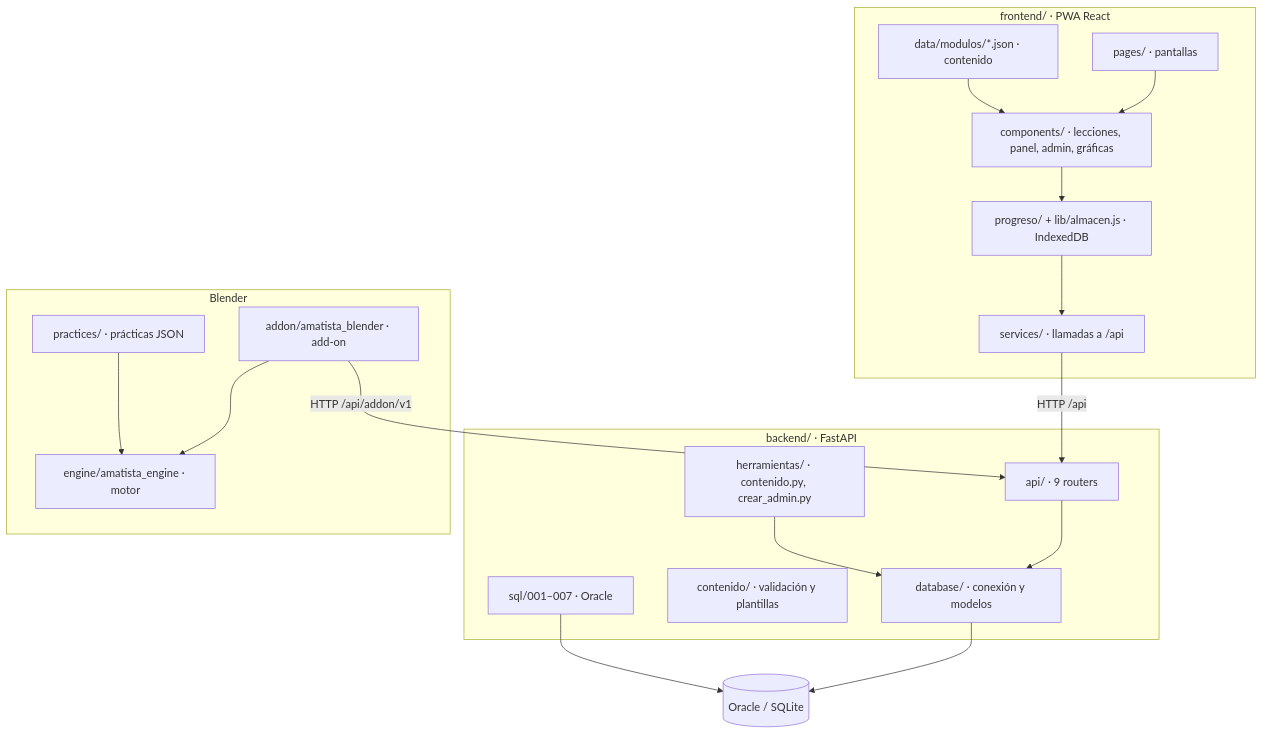
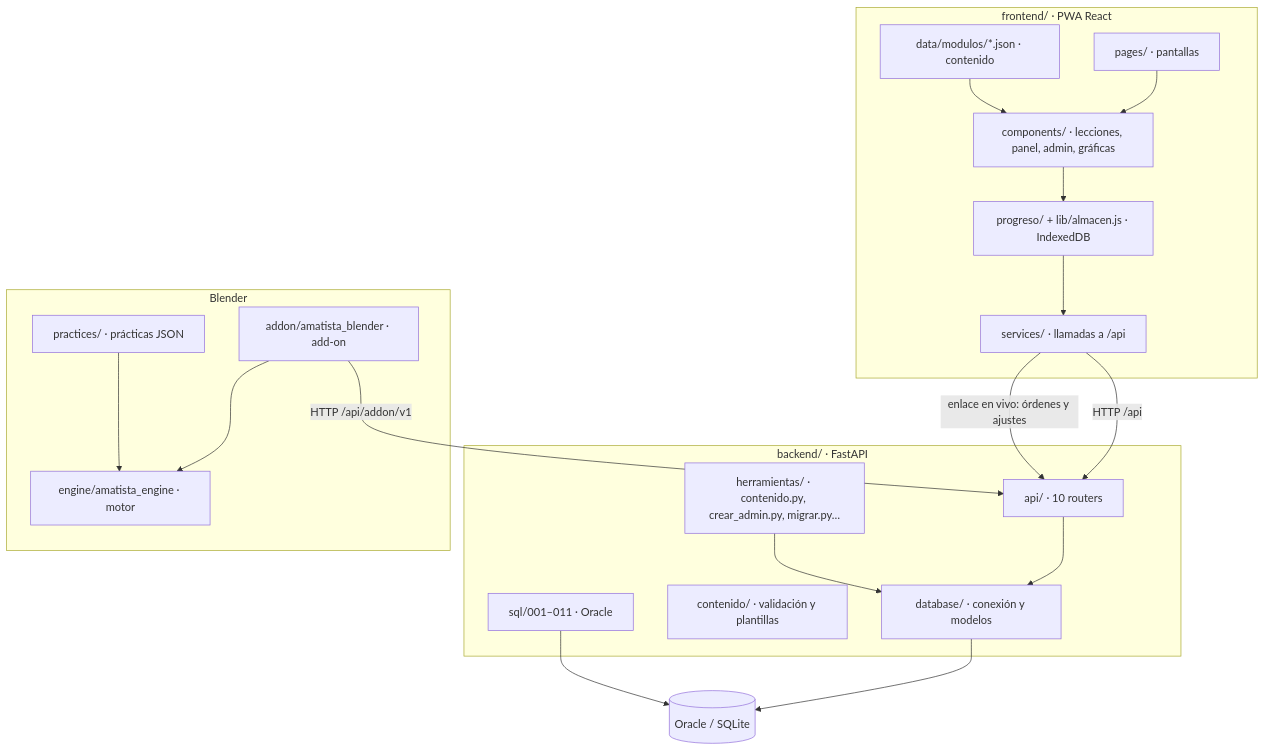
Before and after one commit to Maximiliano-cabello-mata/amatista: the diagram in docs/manual-del-codigo/01_mapa_del_repositorio.md, drawn with Mermaid. The commit also changed other lines of this file and 38 other files, not shown here.

````diff
--- a/docs/manual-del-codigo/01_mapa_del_repositorio.md
+++ b/docs/manual-del-codigo/01_mapa_del_repositorio.md
@@ -9,31 +9,32 @@
 ```mermaid
 flowchart TB
   subgraph frontend["frontend/ · PWA React"]
     pages["pages/ · pantallas"]
     comps["components/ · lecciones, panel, admin, gráficas"]
     datos["data/modulos/*.json · contenido"]
     prog["progreso/ + lib/almacen.js · IndexedDB"]
     serv["services/ · llamadas a /api"]
   end
   subgraph backend["backend/ · FastAPI"]
-    api["api/ · 9 routers"]
+    api["api/ · 10 routers"]
     db["database/ · conexión y modelos"]
     cont["contenido/ · validación y plantillas"]
-    sql["sql/001–007 · Oracle"]
-    cli["herramientas/ · contenido.py, crear_admin.py"]
+    sql["sql/001–011 · Oracle"]
+    cli["herramientas/ · contenido.py, crear_admin.py, migrar.py…"]
   end
   subgraph blender["Blender"]
     addon["addon/amatista_blender · add-on"]
     engine["engine/amatista_engine · motor"]
     prac["practices/ · prácticas JSON"]
   end
   pages --> comps --> prog --> serv
   datos --> comps
   serv -- HTTP /api --> api
   addon -- HTTP /api/addon/v1 --> api
+  serv -- enlace en vivo: órdenes y ajustes --> api
   addon --> engine
   prac --> engine
   api --> db --> ORA[("Oracle / SQLite")]
   sql --> ORA
   cli --> db
 ```
````
